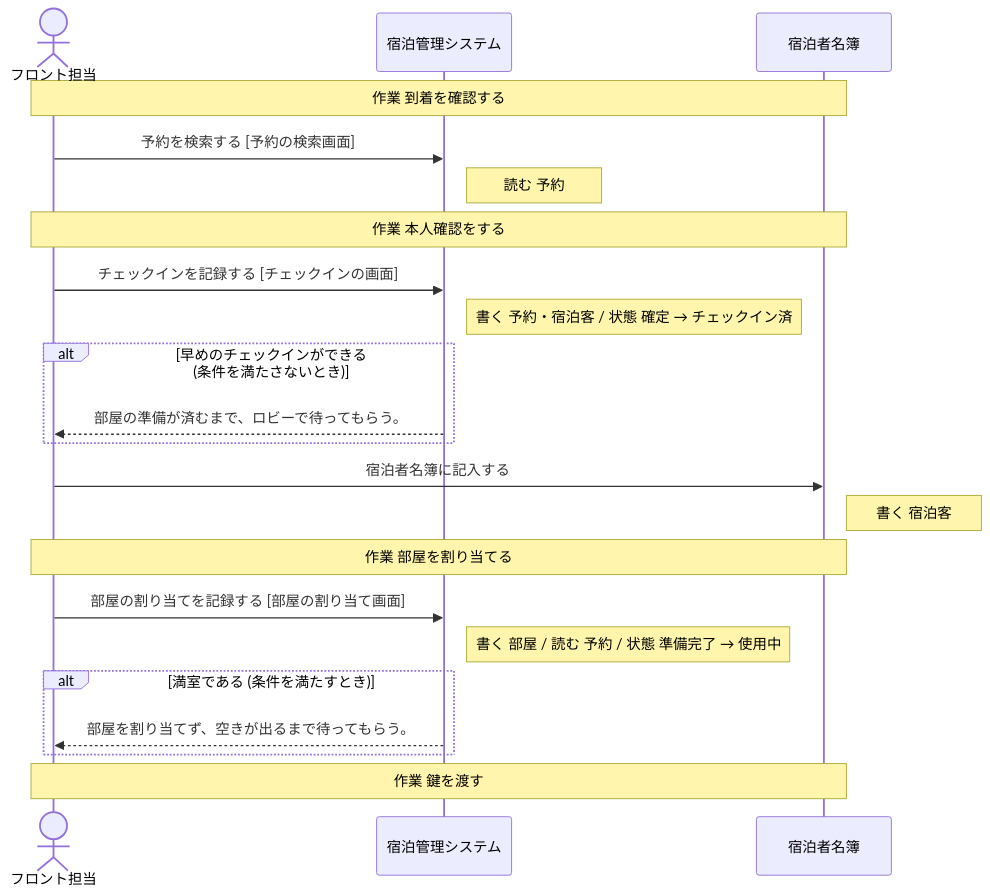
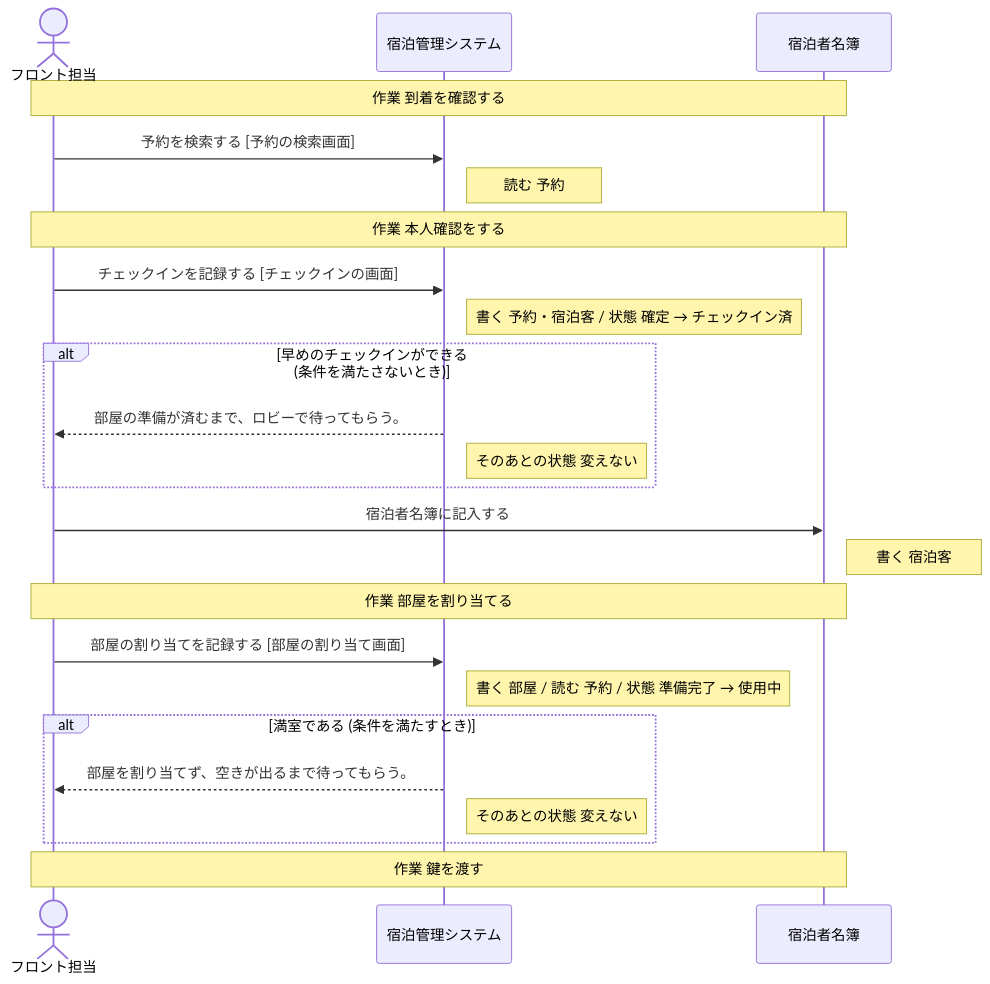
The second of 5 diagrams in spikes/pi-durable-souther/workspace/design/design.md (tango238/untie), drawn with Mermaid before and after one commit. The commit also changed other lines of this file and 32 other files, not shown here.

````diff
--- a/spikes/pi-durable-souther/workspace/design/design.md
+++ b/spikes/pi-durable-souther/workspace/design/design.md
@@ -92,24 +94,26 @@
 ```mermaid
 sequenceDiagram
   actor p0 as フロント担当
   participant p1 as 宿泊管理システム
   participant p2 as 宿泊者名簿
   Note over p0,p2: 作業 到着を確認する
   p0->>p1: 予約を検索する [予約の検索画面]
   Note right of p1: 読む 予約
   Note over p0,p2: 作業 本人確認をする
   p0->>p1: チェックインを記録する [チェックインの画面]
   Note right of p1: 書く 予約・宿泊客 / 状態 確定 → チェックイン済
   alt 早めのチェックインができる (条件を満たさないとき)
     p1-->>p0: 部屋の準備が済むまで、ロビーで待ってもらう。
+    Note right of p1: そのあとの状態 変えない
   end
   p0->>p2: 宿泊者名簿に記入する
   Note right of p2: 書く 宿泊客
   Note over p0,p2: 作業 部屋を割り当てる
   p0->>p1: 部屋の割り当てを記録する [部屋の割り当て画面]
   Note right of p1: 書く 部屋 / 読む 予約 / 状態 準備完了 → 使用中
   alt 満室である (条件を満たすとき)
     p1-->>p0: 部屋を割り当てず、空きが出るまで待ってもらう。
+    Note right of p1: そのあとの状態 変えない
   end
   Note over p0,p2: 作業 鍵を渡す
 ```
````
